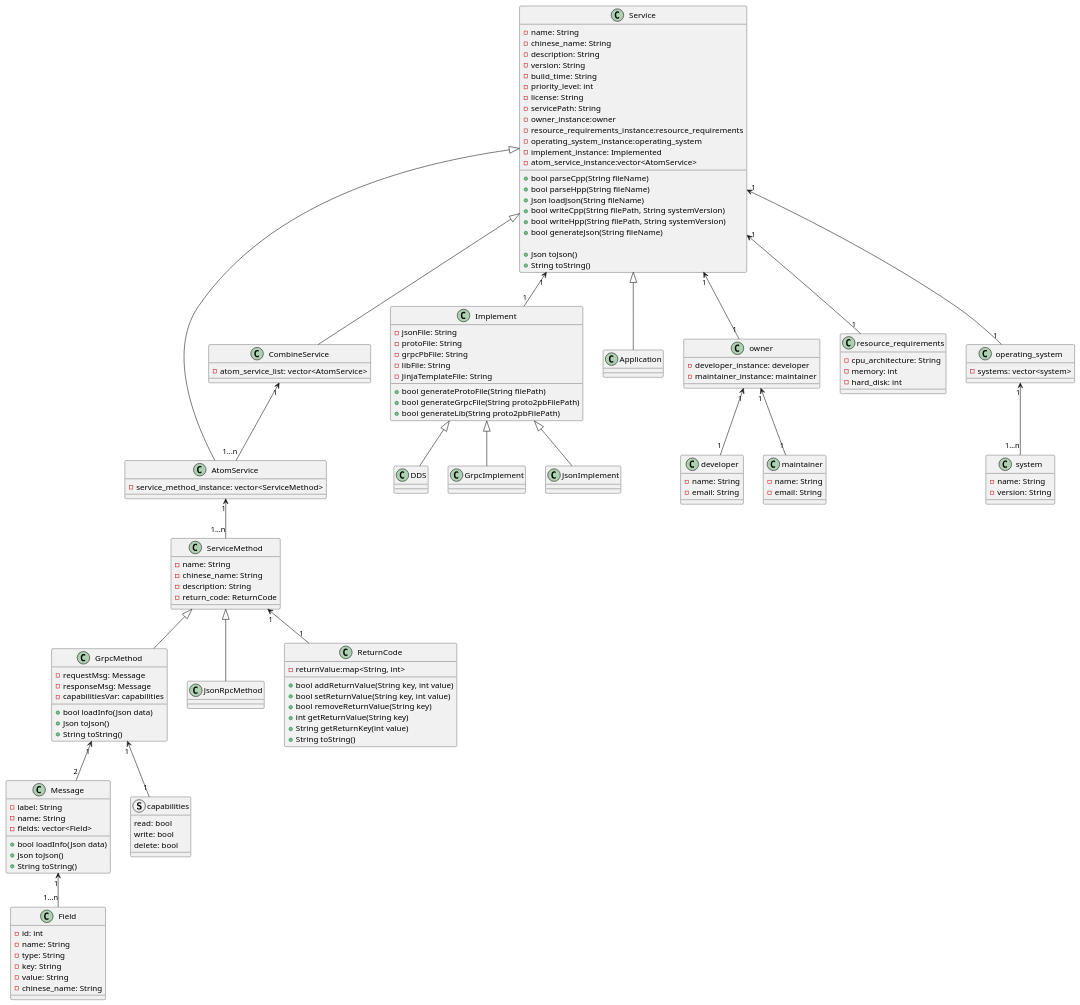
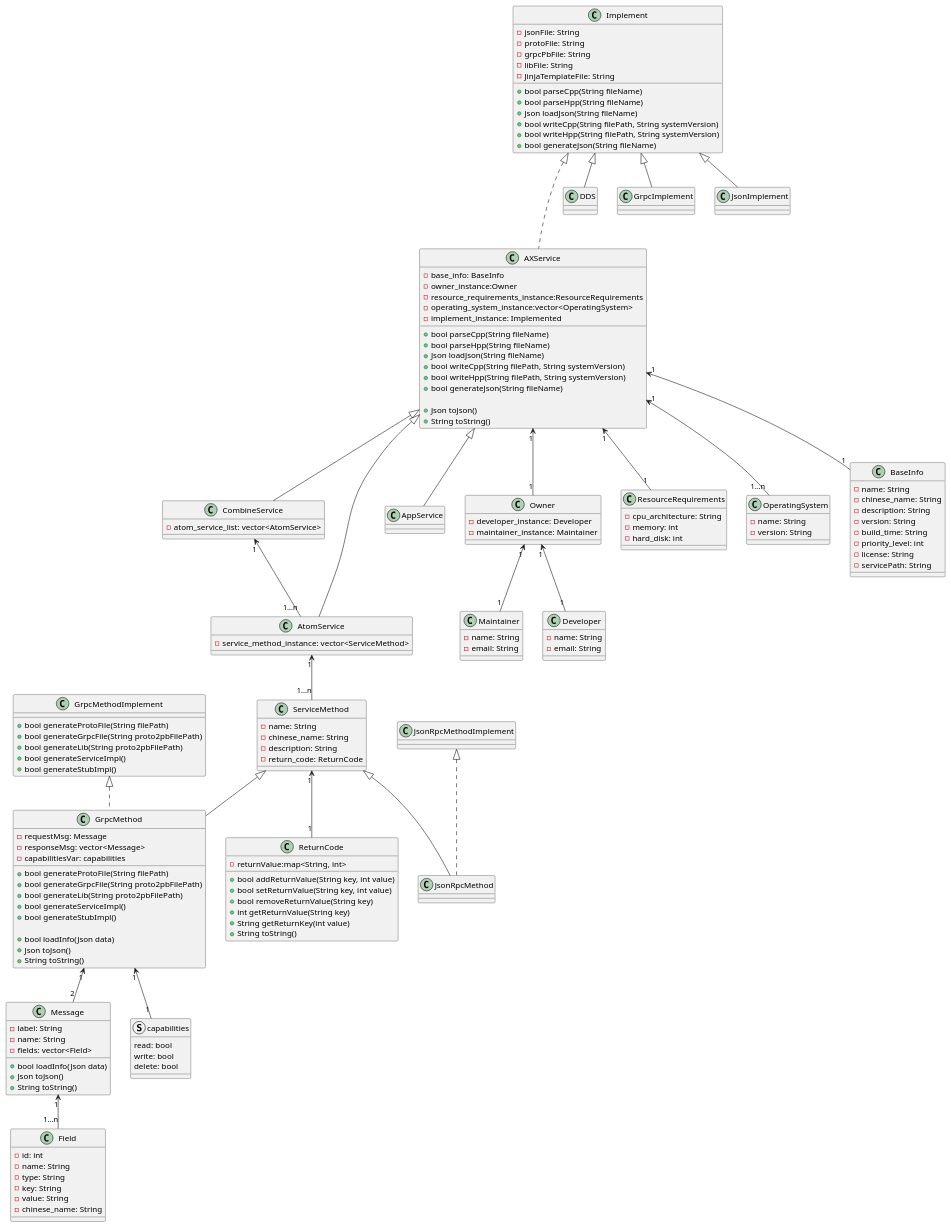
One commit to yi-shui-a/grpc-service-auto changed the diagram in uml.puml. Above: the diagram before and after it, drawn with PlantUML.

Commit message:
update uml.puml.2024-10-9

```diff
--- a/uml.puml
+++ b/uml.puml
@@ -1,7 +1,7 @@
 @startuml
 'https://plantuml.com/class-diagram
 
-class Service
+class AXService
 class Message
 class ServiceMethod
 class GrpcMethod
@@ -10,21 +10,29 @@
 class AtomService
 class Implement
 class CombineService
-class Application
+class AppService
 class DDS
 
-Service <|-- AtomService
-Service <|-- CombineService
-Service <|-- Application
+
+
+AXService <|-- AtomService
+AXService <|-- CombineService
+AXService <|-- AppService
 
 
 AtomService "1"<--"1...n" ServiceMethod
 
 
-GrpcMethod "1"<--"2" Message
-ServiceMethod "1"<--"1" ReturnCode
 
 
+ServiceMethod "1"<--"1" ReturnCode
+ServiceMethod <|-- GrpcMethod
+ServiceMethod <|-- JsonRpcMethod
+
+GrpcMethodImplement <|.. GrpcMethod
+GrpcMethod "1"<--"2" Message
+
+JsonRpcMethodImplement <|.. JsonRpcMethod
 
 Implement <|-- DDS
 Implement <|-- GrpcImplement
@@ -32,57 +40,37 @@
 
 CombineService "1"<--"1...n" AtomService
 
-ServiceMethod <|-- GrpcMethod
-ServiceMethod <|-- JsonRpcMethod
 
 
-class owner {
-	-developer_instance: developer
-	-maintainer_instance: maintainer
+
+class Owner {
+	-developer_instance: Developer
+	-maintainer_instance: Maintainer
 }
 
-class developer {
+class Developer {
 		-name: String
 		-email: String
 }
 
-class maintainer {
+class Maintainer {
 		-name: String
 		-email: String
 }
 
 
-class resource_requirements {
+class ResourceRequirements {
     -cpu_architecture: String
     -memory: int
     -hard_disk: int
 }
 
-class system {
+class OperatingSystem {
     -name: String
     -version: String
 }
 
-class operating_system {
-    -systems: vector<system>
-}
-
-
-'Service "1"<--"1" developer
-'Service "1"<--"1" maintainer
-
-Service "1"<--"1" owner
-owner "1"<--"1" developer
-owner "1"<--"1" maintainer
-Service "1"<--"1" resource_requirements
-Service "1"<--"1" operating_system
-Service "1"<--"1" Implement
-operating_system "1"<--"1...n" system
-
-
-
-
-class Service {
+class BaseInfo {
     -name: String
     -chinese_name: String
     -description: String
@@ -91,21 +79,32 @@
     -priority_level: int
     -license: String
     -servicePath: String
-    -owner_instance:owner
-    -resource_requirements_instance:resource_requirements
-    -operating_system_instance:operating_system
+
+}
+
+
+AXService "1"<--"1" Owner
+Owner "1"<--"1" Developer
+Owner "1"<--"1" Maintainer
+AXService "1"<--"1" ResourceRequirements
+AXService "1"<--"1...n" OperatingSystem
+Implement <|... AXService
+AXService "1"<--"1" BaseInfo
+
+
+class AXService {
+    -base_info: BaseInfo
+    -owner_instance:Owner
+    -resource_requirements_instance:ResourceRequirements
+    -operating_system_instance:vector<OperatingSystem>
     -implement_instance: Implemented
-    -atom_service_instance:vector<AtomService>
 
-    '+String loadFile(String filePath)
     +bool parseCpp(String fileName)
     +bool parseHpp(String fileName)
     +Json loadJson(String fileName)
     +bool writeCpp(String filePath, String systemVersion)
     +bool writeHpp(String filePath, String systemVersion)
     +bool generateJson(String fileName)
-'    +bool generateServiceProject()
-'    +bool generateServiceLib()
 
     +Json toJson()
     +String toString()
@@ -126,9 +125,18 @@
     -libFile: String
     -JinjaTemplateFile: String
 
-    +bool generateProtoFile(String filePath)
-    +bool generateGrpcFile(String proto2pbFilePath)
-    +bool generateLib(String proto2pbFilePath)
+    +bool parseCpp(String fileName)
+    +bool parseHpp(String fileName)
+    +Json loadJson(String fileName)
+    +bool writeCpp(String filePath, String systemVersion)
+    +bool writeHpp(String filePath, String systemVersion)
+    +bool generateJson(String fileName)
+
+'    +bool generateProtoFile(String filePath)
+'    +bool generateGrpcFile(String proto2pbFilePath)
+'    +bool generateLib(String proto2pbFilePath)
+'    +bool generateServiceImpl()
+'    +bool generateStubImpl()
 }
 
 
@@ -152,12 +160,29 @@
 class GrpcMethod {
 
     -requestMsg: Message
-    -responseMsg: Message
+    -responseMsg: vector<Message>
     -capabilitiesVar: capabilities
+
+    +bool generateProtoFile(String filePath)
+    +bool generateGrpcFile(String proto2pbFilePath)
+    +bool generateLib(String proto2pbFilePath)
+    +bool generateServiceImpl()
+    +bool generateStubImpl()
 
     +bool loadInfo(Json data)
     +Json toJson()
     +String toString()
+
+
+}
+
+class GrpcMethodImplement{
+
+    +bool generateProtoFile(String filePath)
+    +bool generateGrpcFile(String proto2pbFilePath)
+    +bool generateLib(String proto2pbFilePath)
+    +bool generateServiceImpl()
+    +bool generateStubImpl()
 }
 
 class ReturnCode {
```
